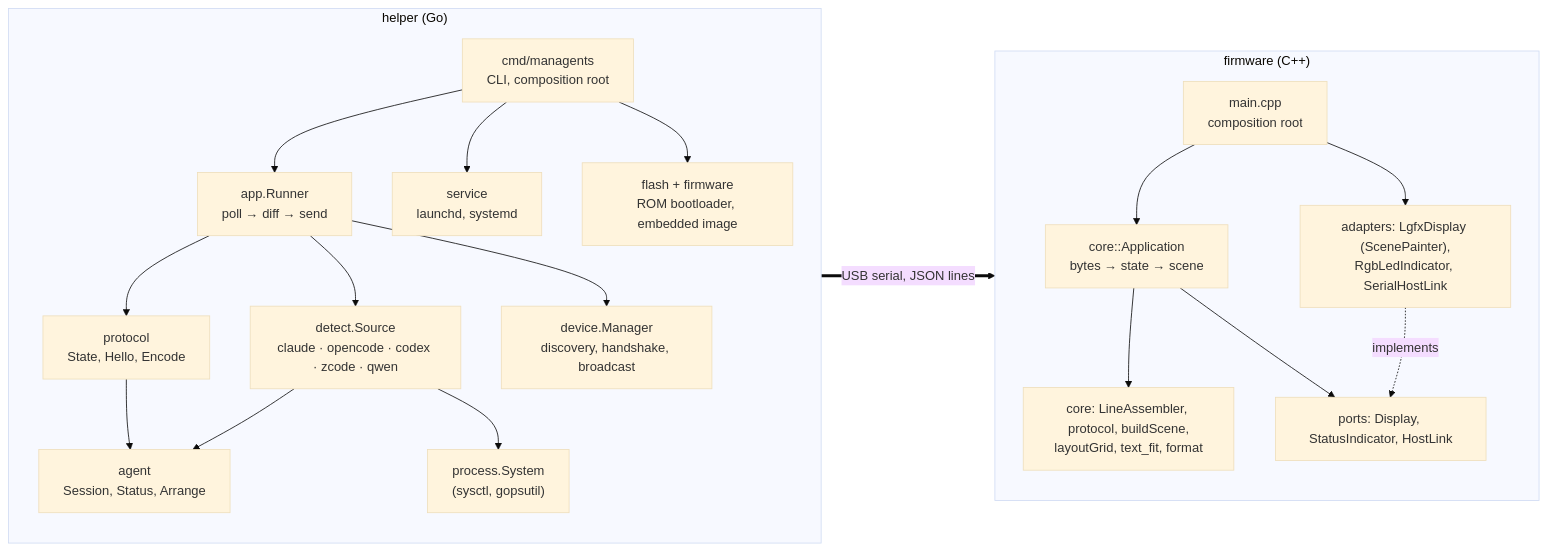
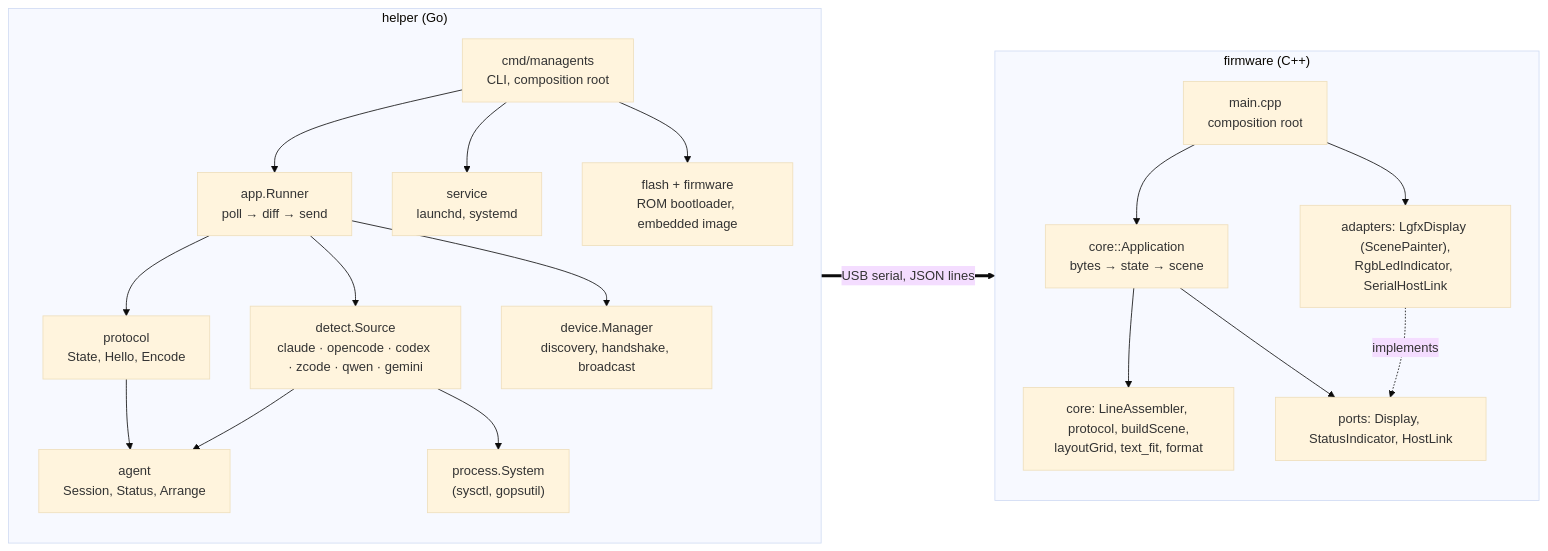
One commit to tonylook/managents changed the first of 2 diagrams in docs/architecture.md. Above: the diagram before and after it, drawn with Mermaid (base theme). The commit also changed other lines of this file and 8 other files, not shown here.

````diff
--- a/docs/architecture.md
+++ b/docs/architecture.md
@@ -12,31 +12,31 @@
 ```mermaid
 flowchart LR
     subgraph helper["helper (Go)"]
         direction TB
         cmd["cmd/managents<br/>CLI, composition root"]
         appr["app.Runner<br/>poll → diff → send"]
-        detect["detect.Source<br/>claude · opencode · codex · zcode · qwen"]
+        detect["detect.Source<br/>claude · opencode · codex · zcode · qwen · gemini"]
         agentd["agent<br/>Session, Status, Arrange"]
         proto["protocol<br/>State, Hello, Encode"]
         device["device.Manager<br/>discovery, handshake, broadcast"]
         procs["process.System<br/>(sysctl, gopsutil)"]
         svc["service<br/>launchd, systemd"]
         flash["flash + firmware<br/>ROM bootloader, embedded image"]
         cmd --> appr & svc & flash
         appr --> detect & proto & device
         detect --> agentd & procs
         proto --> agentd
     end
     subgraph firmware["firmware (C++)"]
         direction TB
         main["main.cpp<br/>composition root"]
         appc["core::Application<br/>bytes → state → scene"]
         corep["core: LineAssembler, protocol, buildScene,<br/>layoutGrid, text_fit, format"]
         ports["ports: Display, StatusIndicator, HostLink"]
         adapters["adapters: LgfxDisplay (ScenePainter),<br/>RgbLedIndicator, SerialHostLink"]
         main --> appc & adapters
         appc --> corep & ports
         adapters -. implements .-> ports
     end
     device == "USB serial, JSON lines" ==> main
 ```
````
